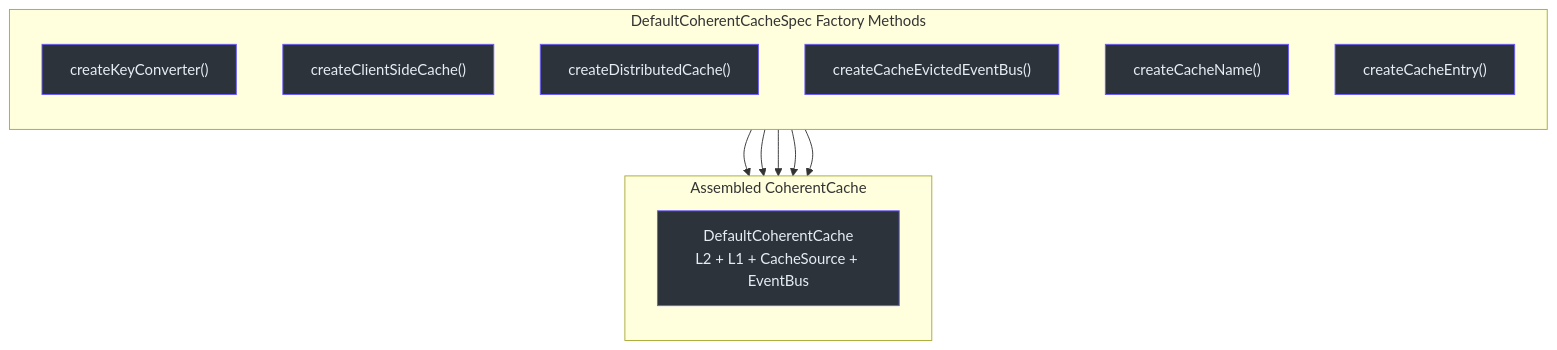
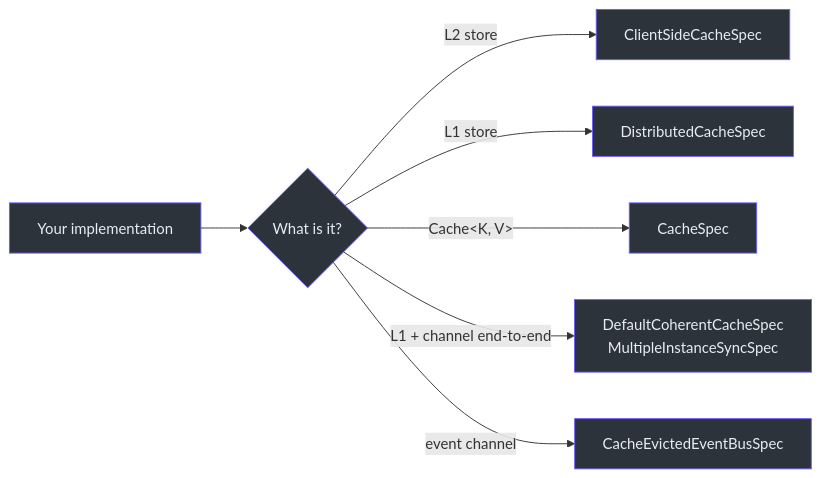
The first of 2 diagrams in wiki/testing/unit-testing.md (Ahoo-Wang/CoCache), drawn with Mermaid before and after one commit. The commit also changed other lines of this file and 256 other files, not shown here.

````diff
--- a/wiki/testing/unit-testing.md
+++ b/wiki/testing/unit-testing.md
@@ -141,31 +18,17 @@
 ```mermaid
-graph TB
-    subgraph sg_98 ["DefaultCoherentCacheSpec Factory Methods"]
-        direction TB
-        CK["createKeyConverter()"]
-        CSC["createClientSideCache()"]
-        DC["createDistributedCache()"]
-        EB["createCacheEvictedEventBus()"]
-        CN["createCacheName()"]
-        CE["createCacheEntry()"]
-    end
+flowchart LR
+    Impl["Your implementation"] --> Pick{"What is it?"}
+    Pick -->|"L2 store"| CSC["ClientSideCacheSpec"]
+    Pick -->|"L1 store"| DC["DistributedCacheSpec"]
+    Pick -->|"Cache&lt;K, V&gt;"| C["CacheSpec"]
+    Pick -->|"L1 + channel end-to-end"| CO["DefaultCoherentCacheSpec<br>MultipleInstanceSyncSpec"]
+    Pick -->|"event channel"| EB["CacheEvictedEventBusSpec"]
 
-    subgraph sg_99 ["Assembled CoherentCache"]
-        direction TB
-        CC["DefaultCoherentCache<br>L2 + L1 + CacheSource + EventBus"]
-    end
-
-    CK --> CC
-    CSC --> CC
-    DC --> CC
-    EB --> CC
-    CN --> CC
-
-    style CK fill:#2d333b,stroke:#6d5dfc,color:#e6edf3
+    style Impl fill:#2d333b,stroke:#6d5dfc,color:#e6edf3
+    style Pick fill:#2d333b,stroke:#6d5dfc,color:#e6edf3
     style CSC fill:#2d333b,stroke:#6d5dfc,color:#e6edf3
     style DC fill:#2d333b,stroke:#6d5dfc,color:#e6edf3
+    style C fill:#2d333b,stroke:#6d5dfc,color:#e6edf3
+    style CO fill:#2d333b,stroke:#6d5dfc,color:#e6edf3
     style EB fill:#2d333b,stroke:#6d5dfc,color:#e6edf3
-    style CN fill:#2d333b,stroke:#6d5dfc,color:#e6edf3
-    style CE fill:#2d333b,stroke:#6d5dfc,color:#e6edf3
-    style CC fill:#2d333b,stroke:#6d5dfc,color:#e6edf3
 ```
````
